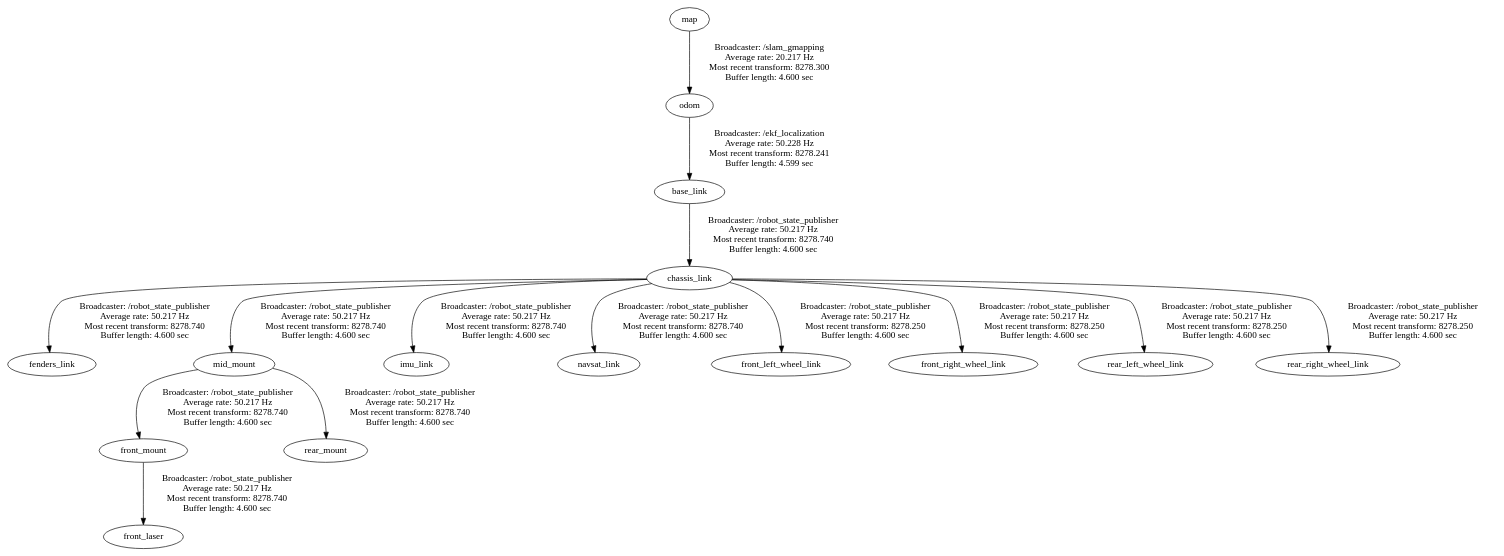
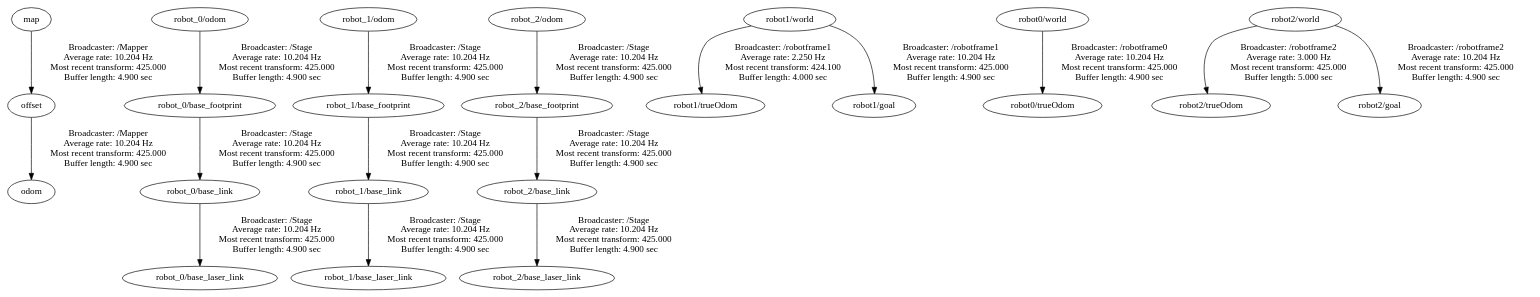
One commit to LiliMeng/coverage_2d changed the diagram in config/frames.gv. Above: the diagram before and after it, drawn with Graphviz. The commit also changed 5 other files, not shown here.

```diff
--- a/config/frames.gv
+++ b/config/frames.gv
@@ -1,16 +1,18 @@
 digraph G {
-"base_link" -> "chassis_link"[label="Broadcaster: /robot_state_publisher\nAverage rate: 50.217 Hz\nMost recent transform: 8278.740 \nBuffer length: 4.600 sec\n"];
-"odom" -> "base_link"[label="Broadcaster: /ekf_localization\nAverage rate: 50.228 Hz\nMost recent transform: 8278.241 \nBuffer length: 4.599 sec\n"];
-"chassis_link" -> "fenders_link"[label="Broadcaster: /robot_state_publisher\nAverage rate: 50.217 Hz\nMost recent transform: 8278.740 \nBuffer length: 4.600 sec\n"];
-"front_mount" -> "front_laser"[label="Broadcaster: /robot_state_publisher\nAverage rate: 50.217 Hz\nMost recent transform: 8278.740 \nBuffer length: 4.600 sec\n"];
-"mid_mount" -> "front_mount"[label="Broadcaster: /robot_state_publisher\nAverage rate: 50.217 Hz\nMost recent transform: 8278.740 \nBuffer length: 4.600 sec\n"];
-"chassis_link" -> "mid_mount"[label="Broadcaster: /robot_state_publisher\nAverage rate: 50.217 Hz\nMost recent transform: 8278.740 \nBuffer length: 4.600 sec\n"];
-"chassis_link" -> "imu_link"[label="Broadcaster: /robot_state_publisher\nAverage rate: 50.217 Hz\nMost recent transform: 8278.740 \nBuffer length: 4.600 sec\n"];
-"chassis_link" -> "navsat_link"[label="Broadcaster: /robot_state_publisher\nAverage rate: 50.217 Hz\nMost recent transform: 8278.740 \nBuffer length: 4.600 sec\n"];
-"mid_mount" -> "rear_mount"[label="Broadcaster: /robot_state_publisher\nAverage rate: 50.217 Hz\nMost recent transform: 8278.740 \nBuffer length: 4.600 sec\n"];
-"map" -> "odom"[label="Broadcaster: /slam_gmapping\nAverage rate: 20.217 Hz\nMost recent transform: 8278.300 \nBuffer length: 4.600 sec\n"];
-"chassis_link" -> "front_left_wheel_link"[label="Broadcaster: /robot_state_publisher\nAverage rate: 50.217 Hz\nMost recent transform: 8278.250 \nBuffer length: 4.600 sec\n"];
-"chassis_link" -> "front_right_wheel_link"[label="Broadcaster: /robot_state_publisher\nAverage rate: 50.217 Hz\nMost recent transform: 8278.250 \nBuffer length: 4.600 sec\n"];
-"chassis_link" -> "rear_left_wheel_link"[label="Broadcaster: /robot_state_publisher\nAverage rate: 50.217 Hz\nMost recent transform: 8278.250 \nBuffer length: 4.600 sec\n"];
-"chassis_link" -> "rear_right_wheel_link"[label="Broadcaster: /robot_state_publisher\nAverage rate: 50.217 Hz\nMost recent transform: 8278.250 \nBuffer length: 4.600 sec\n"];
+"offset" -> "odom"[label="Broadcaster: /Mapper\nAverage rate: 10.204 Hz\nMost recent transform: 425.000 \nBuffer length: 4.900 sec\n"];
+"map" -> "offset"[label="Broadcaster: /Mapper\nAverage rate: 10.204 Hz\nMost recent transform: 425.000 \nBuffer length: 4.900 sec\n"];
+"robot_0/base_link" -> "robot_0/base_laser_link"[label="Broadcaster: /Stage\nAverage rate: 10.204 Hz\nMost recent transform: 425.000 \nBuffer length: 4.900 sec\n"];
+"robot_0/base_footprint" -> "robot_0/base_link"[label="Broadcaster: /Stage\nAverage rate: 10.204 Hz\nMost recent transform: 425.000 \nBuffer length: 4.900 sec\n"];
+"robot_1/base_link" -> "robot_1/base_laser_link"[label="Broadcaster: /Stage\nAverage rate: 10.204 Hz\nMost recent transform: 425.000 \nBuffer length: 4.900 sec\n"];
+"robot_1/base_footprint" -> "robot_1/base_link"[label="Broadcaster: /Stage\nAverage rate: 10.204 Hz\nMost recent transform: 425.000 \nBuffer length: 4.900 sec\n"];
+"robot_2/base_link" -> "robot_2/base_laser_link"[label="Broadcaster: /Stage\nAverage rate: 10.204 Hz\nMost recent transform: 425.000 \nBuffer length: 4.900 sec\n"];
+"robot_2/base_footprint" -> "robot_2/base_link"[label="Broadcaster: /Stage\nAverage rate: 10.204 Hz\nMost recent transform: 425.000 \nBuffer length: 4.900 sec\n"];
+"robot_0/odom" -> "robot_0/base_footprint"[label="Broadcaster: /Stage\nAverage rate: 10.204 Hz\nMost recent transform: 425.000 \nBuffer length: 4.900 sec\n"];
+"robot_1/odom" -> "robot_1/base_footprint"[label="Broadcaster: /Stage\nAverage rate: 10.204 Hz\nMost recent transform: 425.000 \nBuffer length: 4.900 sec\n"];
+"robot_2/odom" -> "robot_2/base_footprint"[label="Broadcaster: /Stage\nAverage rate: 10.204 Hz\nMost recent transform: 425.000 \nBuffer length: 4.900 sec\n"];
+"robot1/world" -> "robot1/trueOdom"[label="Broadcaster: /robotframe1\nAverage rate: 2.250 Hz\nMost recent transform: 424.100 \nBuffer length: 4.000 sec\n"];
+"robot0/world" -> "robot0/trueOdom"[label="Broadcaster: /robotframe0\nAverage rate: 10.204 Hz\nMost recent transform: 425.000 \nBuffer length: 4.900 sec\n"];
+"robot2/world" -> "robot2/trueOdom"[label="Broadcaster: /robotframe2\nAverage rate: 3.000 Hz\nMost recent transform: 425.000 \nBuffer length: 5.000 sec\n"];
+"robot1/world" -> "robot1/goal"[label="Broadcaster: /robotframe1\nAverage rate: 10.204 Hz\nMost recent transform: 425.000 \nBuffer length: 4.900 sec\n"];
+"robot2/world" -> "robot2/goal"[label="Broadcaster: /robotframe2\nAverage rate: 10.204 Hz\nMost recent transform: 425.000 \nBuffer length: 4.900 sec\n"];
 }
```
